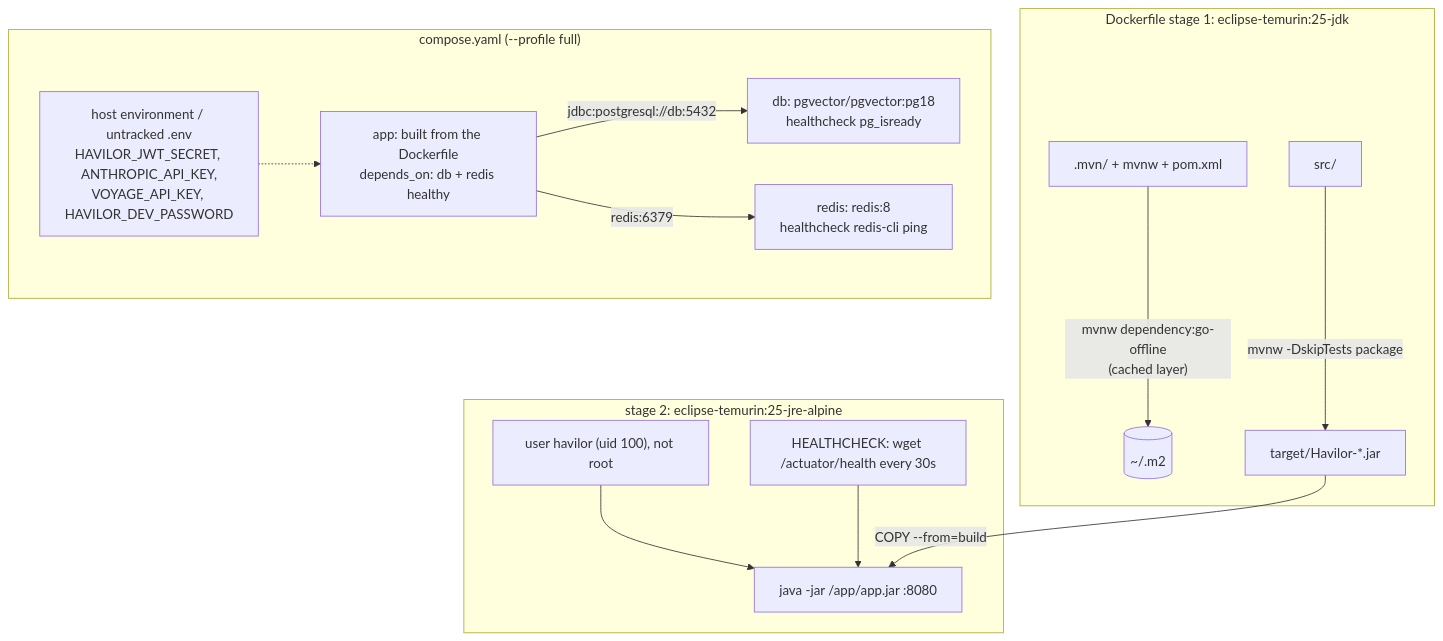
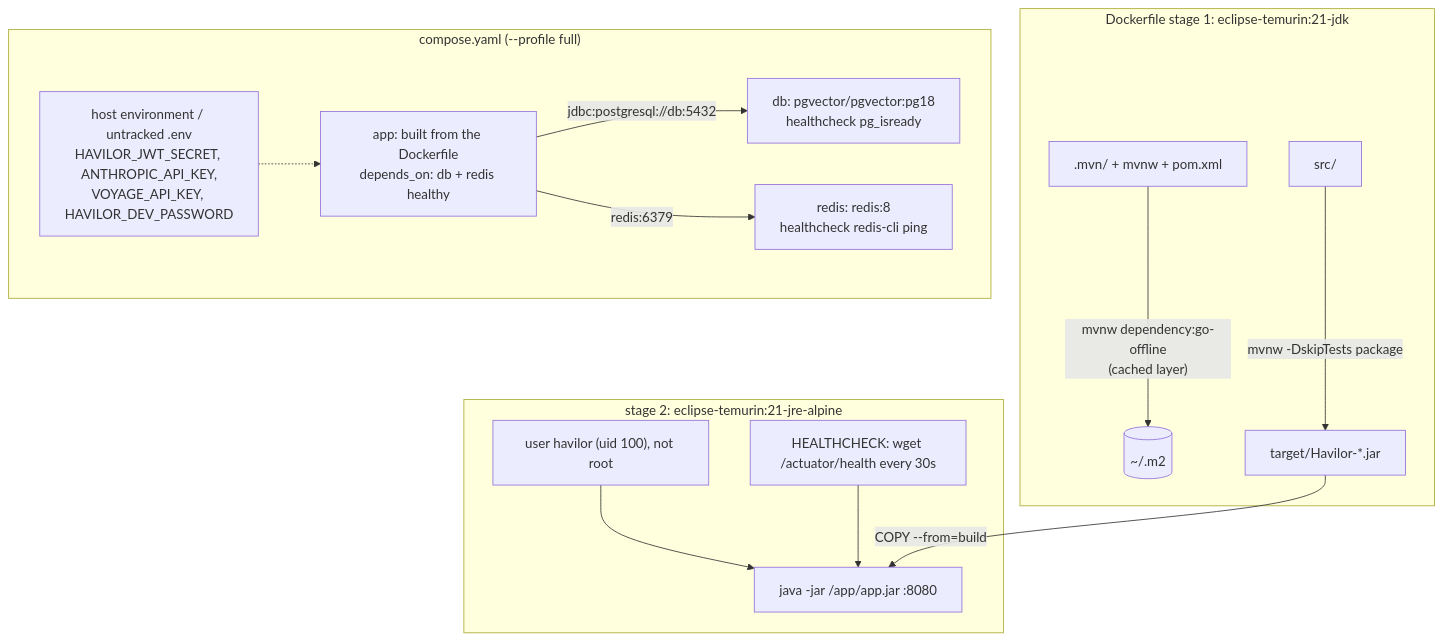
The diagram in docs/progress/flow-24.md (LeulG999/Havilor), drawn with Mermaid before and after one commit. The commit also changed other lines of this file and 3 other files, not shown here.

Commit message:
fix: image back on Java 21 (eclipse-temurin 21-jdk / 21-jre-alpine); Dependabot ignores Temurin majors

````diff
--- a/docs/progress/flow-24.md
+++ b/docs/progress/flow-24.md
@@ -25,20 +25,20 @@
 ```mermaid
 flowchart TB
-    subgraph Build["Dockerfile stage 1: eclipse-temurin:25-jdk"]
+    subgraph Build["Dockerfile stage 1: eclipse-temurin:21-jdk"]
         W[".mvn/ + mvnw + pom.xml"] -->|"mvnw dependency:go-offline<br/>(cached layer)"| D[("~/.m2")]
         S["src/"] -->|"mvnw -DskipTests package"| J["target/Havilor-*.jar"]
     end
-    subgraph Run["stage 2: eclipse-temurin:25-jre-alpine"]
+    subgraph Run["stage 2: eclipse-temurin:21-jre-alpine"]
         U["user havilor (uid 100), not root"] --> A["java -jar /app/app.jar :8080"]
         HC["HEALTHCHECK: wget /actuator/health every 30s"] --> A
     end
     J -->|COPY --from=build| A
     subgraph Compose["compose.yaml (--profile full)"]
         DB["db: pgvector/pgvector:pg18<br/>healthcheck pg_isready"]
         R["redis: redis:8<br/>healthcheck redis-cli ping"]
         APP["app: built from the Dockerfile<br/>depends_on: db + redis healthy"]
         ENV["host environment / untracked .env<br/>HAVILOR_JWT_SECRET, ANTHROPIC_API_KEY,<br/>VOYAGE_API_KEY, HAVILOR_DEV_PASSWORD"] -.-> APP
         APP -->|"jdbc:postgresql://db:5432"| DB
         APP -->|"redis:6379"| R
     end
 ```
````
